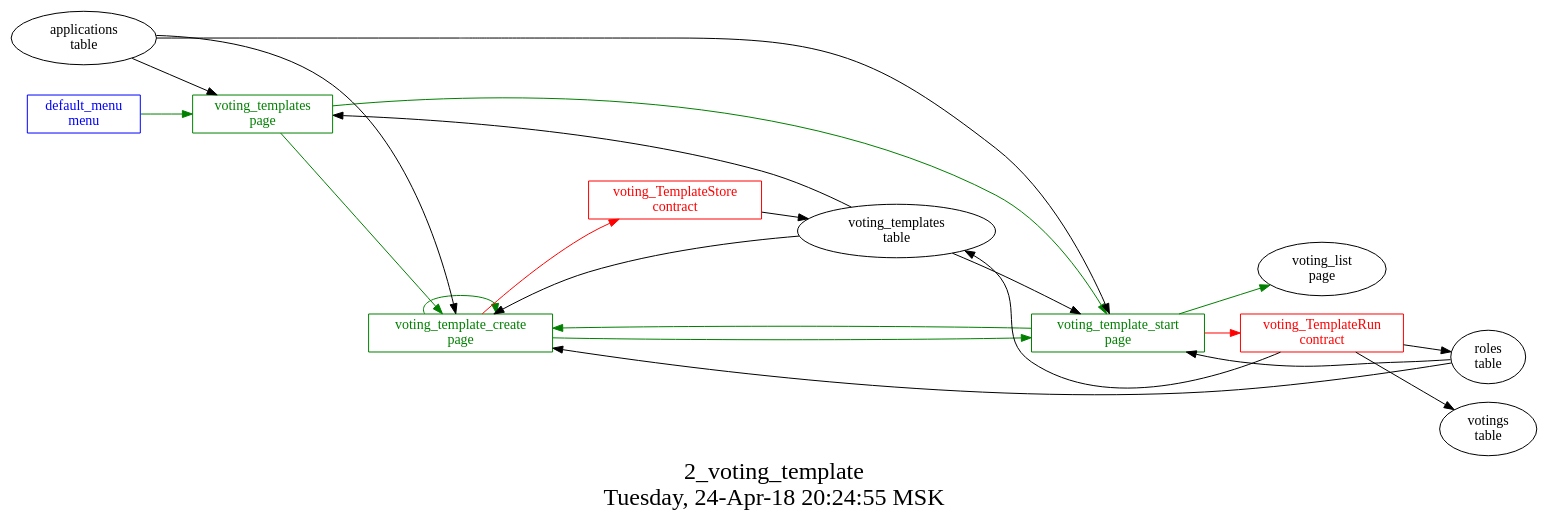
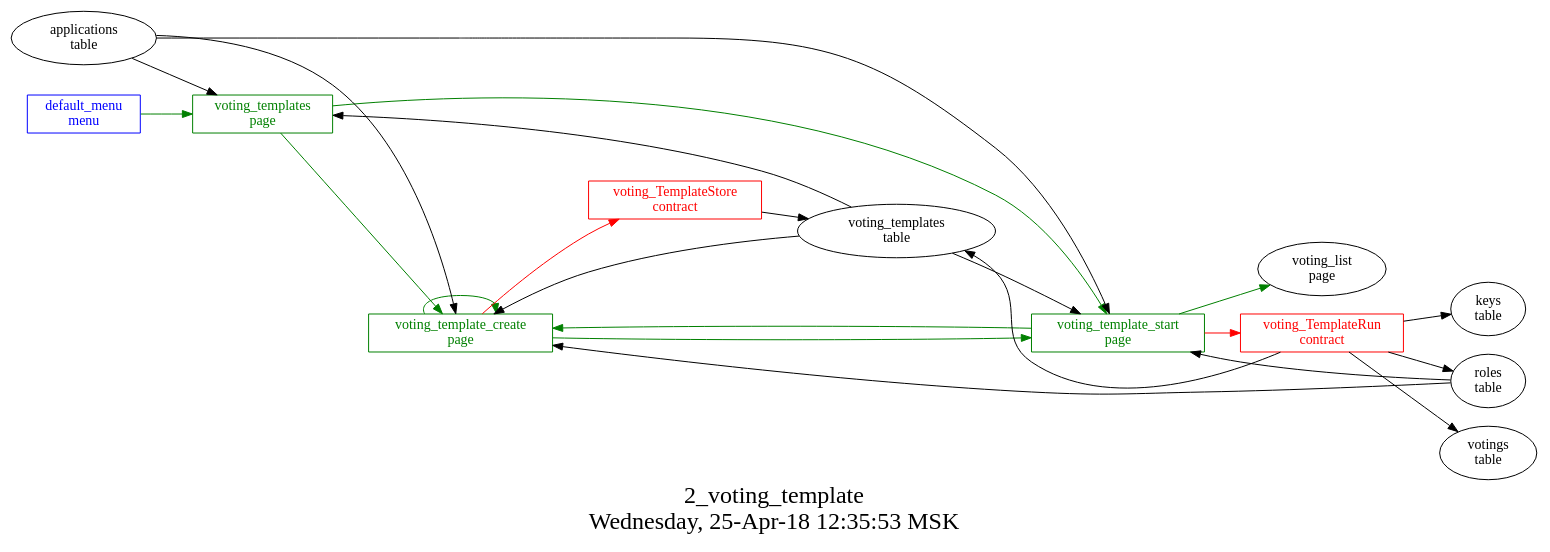
One commit to AplaProject/apps changed the diagram in src/basic/2_voting_templates/struct.dot. Above: the diagram before and after it, drawn with Graphviz. The commit also changed 2 other files, not shown here.

```diff
--- a/src/basic/2_voting_templates/struct.dot
+++ b/src/basic/2_voting_templates/struct.dot
@@ -1,38 +1,39 @@
 digraph G {
 graph [
   fontsize="24";
-  label="2_voting_template\nTuesday, 24-Apr-18 20:24:55 MSK";
+  label="2_voting_template\nWednesday, 25-Apr-18 12:35:53 MSK";
   nojustify=true;
   ordering=out;
   rankdir=LR;
   size="30";
 ];
 "default_menu\nmenu" -> "voting_templates\npage"  [ color=green ]
 "default_menu\nmenu" [color=blue, fontcolor=blue, group=menus, shape=record];
 "voting_template_create\npage" -> "voting_TemplateStore\ncontract"  [ color=red ]
 "applications\ntable" -> "voting_template_create\npage"  [ color="" ]
 "voting_templates\ntable" -> "voting_template_create\npage"  [ color="" ]
 "roles\ntable" -> "voting_template_create\npage"  [ color="" ]
 "voting_template_create\npage" -> "voting_template_create\npage"  [ color=green ]
 "voting_template_create\npage" -> "voting_template_start\npage"  [ color=green ]
 "voting_template_create\npage" [color=green, fontcolor=green, group=pages, shape=record];
 "voting_template_start\npage" -> "voting_TemplateRun\ncontract"  [ color=red ]
 "applications\ntable" -> "voting_template_start\npage"  [ color="" ]
 "voting_templates\ntable" -> "voting_template_start\npage"  [ color="" ]
 "roles\ntable" -> "voting_template_start\npage"  [ color="" ]
 "voting_template_start\npage" -> "voting_template_create\npage"  [ color=green ]
 "voting_template_start\npage" -> "voting_list\npage"  [ color=green ]
 "voting_template_start\npage" [color=green, fontcolor=green, group=pages, shape=record];
 "applications\ntable" -> "voting_templates\npage"  [ color="" ]
 "voting_templates\ntable" -> "voting_templates\npage"  [ color="" ]
 "voting_templates\npage" -> "voting_template_start\npage"  [ color=green ]
 "voting_templates\npage" -> "voting_template_create\npage"  [ color=green ]
 "voting_templates\npage" [color=green, fontcolor=green, group=pages, shape=record];
 "voting_TemplateRun\ncontract" -> "voting_templates\ntable"  [ color="" ]
+"voting_TemplateRun\ncontract" -> "keys\ntable"  [ color="" ]
 "voting_TemplateRun\ncontract" -> "roles\ntable"  [ color="" ]
 "voting_TemplateRun\ncontract" -> "votings\ntable"  [ color="" ]
 "voting_TemplateRun\ncontract" [color=red, fontcolor=red, group=contracts, shape=record];
 "voting_TemplateStore\ncontract" -> "voting_templates\ntable"  [ color="" ]
 "voting_TemplateStore\ncontract" [color=red, fontcolor=red, group=contracts, shape=record];
 "voting_templates\ntable" [color="", fontcolor="", group=tables, shape=""];
 }
```
